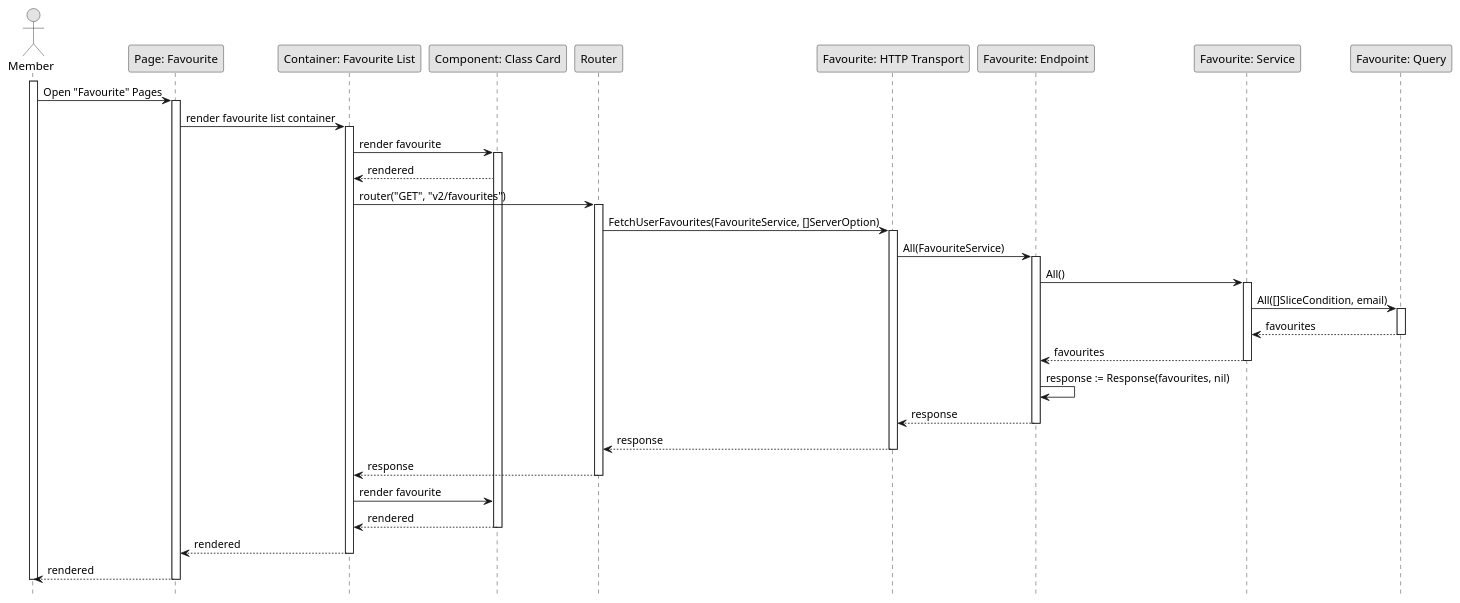
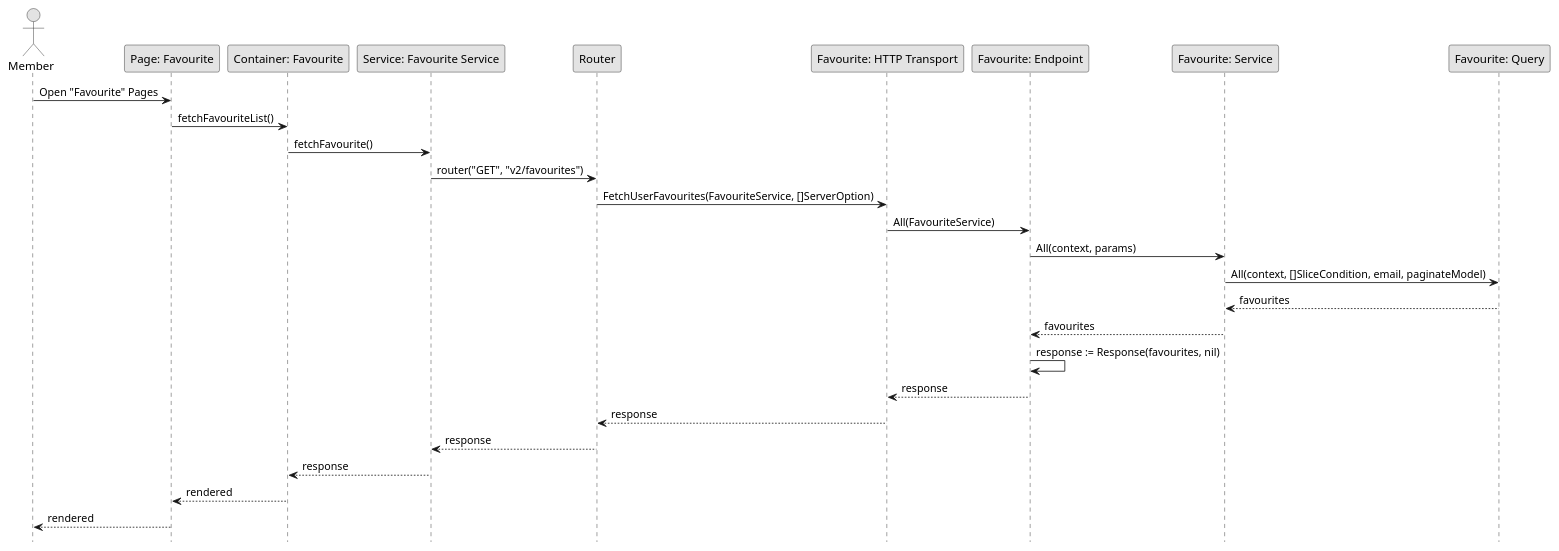
One commit to fwidjaya20/fazzlearning-uml changed the diagram in Sequence/Release04/GetFavourite.wsd. Above: the diagram before and after it, drawn with PlantUML. The commit also changed 32 other files, not shown here.

```diff
--- a/Sequence/Release04/GetFavourite.wsd
+++ b/Sequence/Release04/GetFavourite.wsd
@@ -1,57 +1,35 @@
 @startuml GetFavourite
 
 skinparam Monochrome true
 skinparam Shadowing false
 hide footbox
 
 actor Member
 participant "Page: Favourite" as FavouritePage
-participant "Container: Favourite List" as FavouriteListContainer
-participant "Component: Class Card" as ClassCard
+participant "Container: Favourite" as FavouriteContainer
+participant "Service: Favourite Service" as FEFavouriteService
 participant "Router" as Router
 participant "Favourite: HTTP Transport" as FavouriteHTTPTransport
 participant "Favourite: Endpoint" as FavouriteEndpoint
 participant "Favourite: Service" as FavouriteService
 participant "Favourite: Query" as FavouriteQuery
 
-activate Member
-
 Member->FavouritePage: Open "Favourite" Pages
-activate FavouritePage
-FavouritePage->FavouriteListContainer: render favourite list container
-activate FavouriteListContainer
-FavouriteListContainer->ClassCard: render favourite
-activate ClassCard
-ClassCard-->FavouriteListContainer: rendered
-FavouriteListContainer->Router: router("GET", "v2/favourites")
-activate Router
+FavouritePage->FavouriteContainer: fetchFavouriteList()
+FavouriteContainer->FEFavouriteService: fetchFavourite()
+FEFavouriteService->Router: router("GET", "v2/favourites")
 Router->FavouriteHTTPTransport: FetchUserFavourites(FavouriteService, []ServerOption)
-activate FavouriteHTTPTransport
 FavouriteHTTPTransport->FavouriteEndpoint: All(FavouriteService)
-activate FavouriteEndpoint
-FavouriteEndpoint->FavouriteService: All()
-activate FavouriteService
-FavouriteService->FavouriteQuery: All([]SliceCondition, email)
-activate FavouriteQuery
+FavouriteEndpoint->FavouriteService: All(context, params)
+FavouriteService->FavouriteQuery: All(context, []SliceCondition, email, paginateModel)
 FavouriteQuery-->FavouriteService: favourites
-deactivate FavouriteQuery
 FavouriteService-->FavouriteEndpoint: favourites
-deactivate FavouriteService
 FavouriteEndpoint->FavouriteEndpoint: response := Response(favourites, nil)
 FavouriteEndpoint-->FavouriteHTTPTransport: response
-deactivate FavouriteEndpoint
 FavouriteHTTPTransport-->Router: response
-deactivate FavouriteHTTPTransport
-Router-->FavouriteListContainer: response
-deactivate Router
-FavouriteListContainer->ClassCard: render favourite
-ClassCard-->FavouriteListContainer: rendered
-deactivate ClassCard
-FavouriteListContainer-->FavouritePage: rendered
-deactivate FavouriteListContainer
+Router-->FEFavouriteService: response
+FEFavouriteService-->FavouriteContainer: response
+FavouriteContainer-->FavouritePage: rendered
 FavouritePage-->Member: rendered
-deactivate FavouritePage
-
-deactivate Member
 
 @enduml
```
